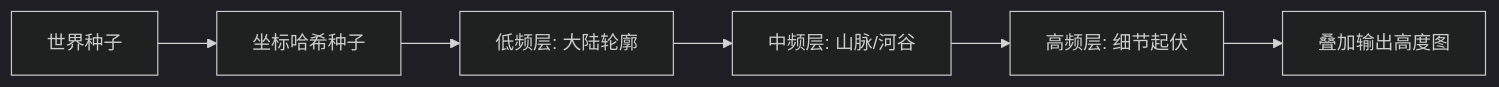
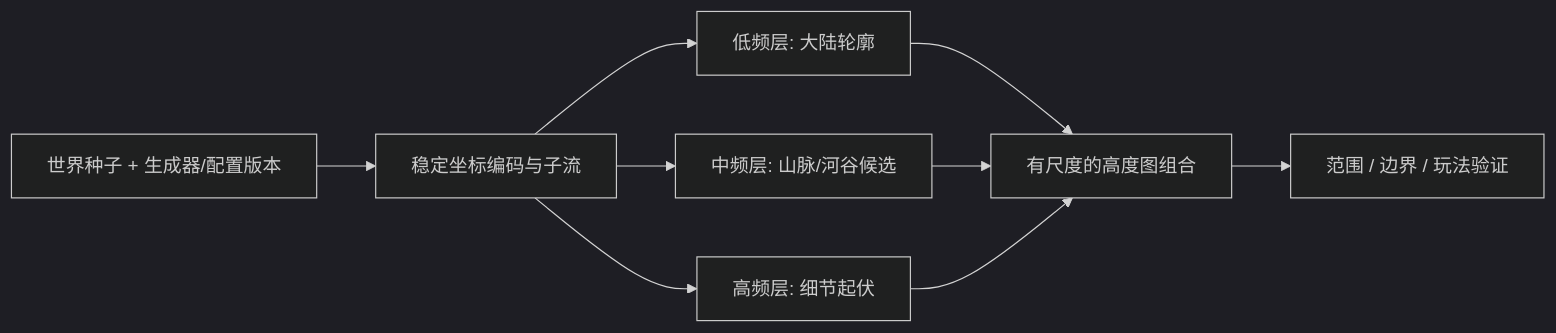
The first of 2 diagrams in 知识/02-数学与游戏算法/随机采样与程序化生成/02-程序化生成.md (fantuan812/learning), drawn with Mermaid (dark theme) before and after one commit. The commit also changed other lines of this file and 1 other file, not shown here.

````diff
--- a/知识/02-数学与游戏算法/随机采样与程序化生成/02-程序化生成.md
+++ b/知识/02-数学与游戏算法/随机采样与程序化生成/02-程序化生成.md
@@ -29,8 +26,11 @@
 ```mermaid
 flowchart LR
-    A["世界种子"] --> B["坐标哈希种子"]
+    A["世界种子 + 生成器/配置版本"] --> B["稳定坐标编码与子流"]
     B --> C["低频层: 大陆轮廓"]
-    C --> D["中频层: 山脉/河谷"]
-    D --> E["高频层: 细节起伏"]
-    E --> F["叠加输出高度图"]
+    B --> D["中频层: 山脉/河谷候选"]
+    B --> E["高频层: 细节起伏"]
+    C --> F["有尺度的高度图组合"]
+    D --> F
+    E --> F
+    F --> G["范围 / 边界 / 玩法验证"]
 ```
````
